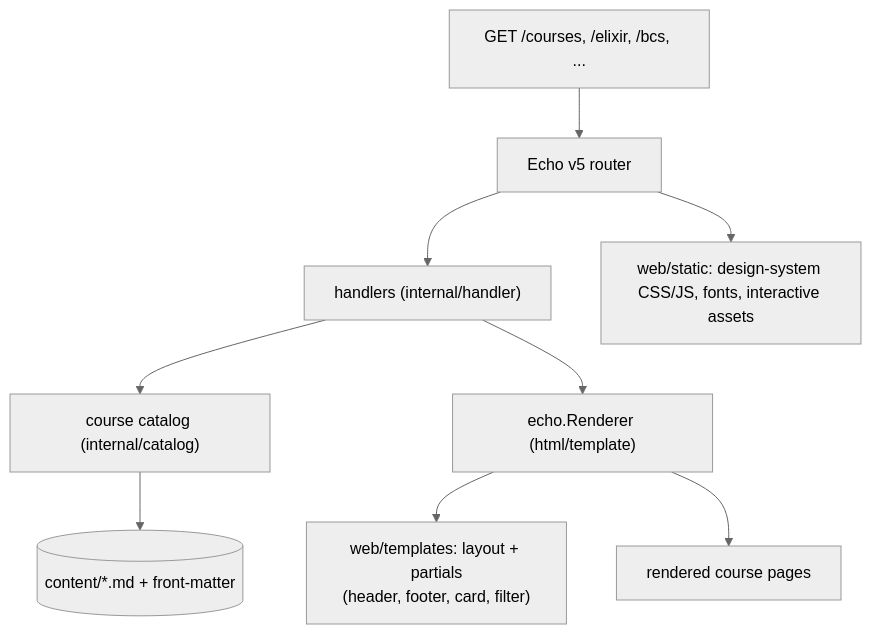
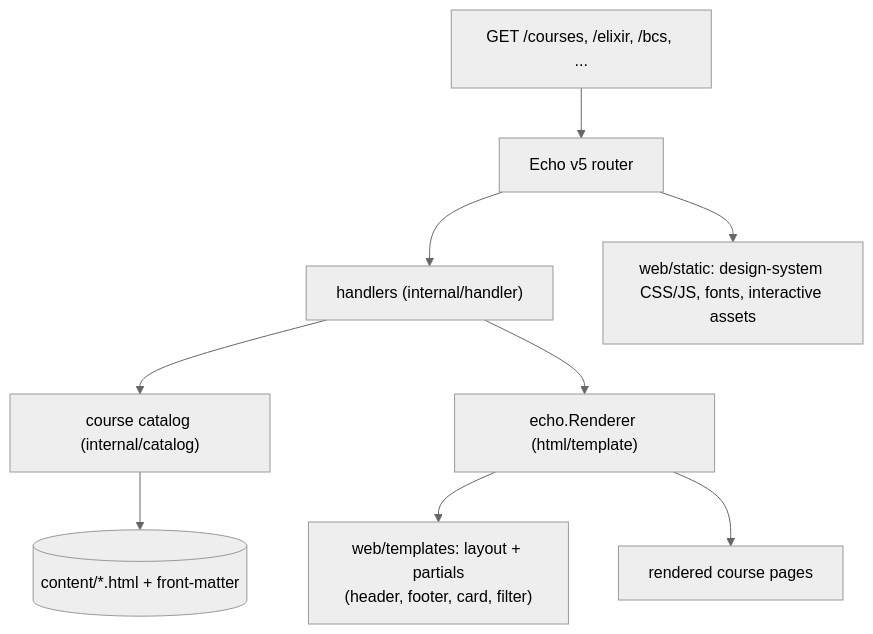
The first of 2 diagrams in docs/echo_courses/echo-courses.roadmap.md (jonny-novikov/fiberfx), drawn with Mermaid (neutral theme) before and after one commit. The commit also changed other lines of this file and 3 other files, not shown here.

````diff
--- a/docs/echo_courses/echo-courses.roadmap.md
+++ b/docs/echo_courses/echo-courses.roadmap.md
@@ -47,11 +49,11 @@
 ```mermaid
 flowchart TB
     Req["GET /courses, /elixir, /bcs, ..."] --> Echo["Echo v5 router"]
     Echo --> H["handlers (internal/handler)"]
     H --> Cat["course catalog (internal/catalog)"]
-    Cat --> Content[("content/*.md + front-matter")]
+    Cat --> Content[("content/*.html + front-matter")]
     H --> R["echo.Renderer (html/template)"]
     R --> Layout["web/templates: layout + partials\n(header, footer, card, filter)"]
     Echo --> Static["web/static: design-system CSS/JS, fonts, interactive assets"]
     R --> HTML["rendered course pages"]
 ```
````
